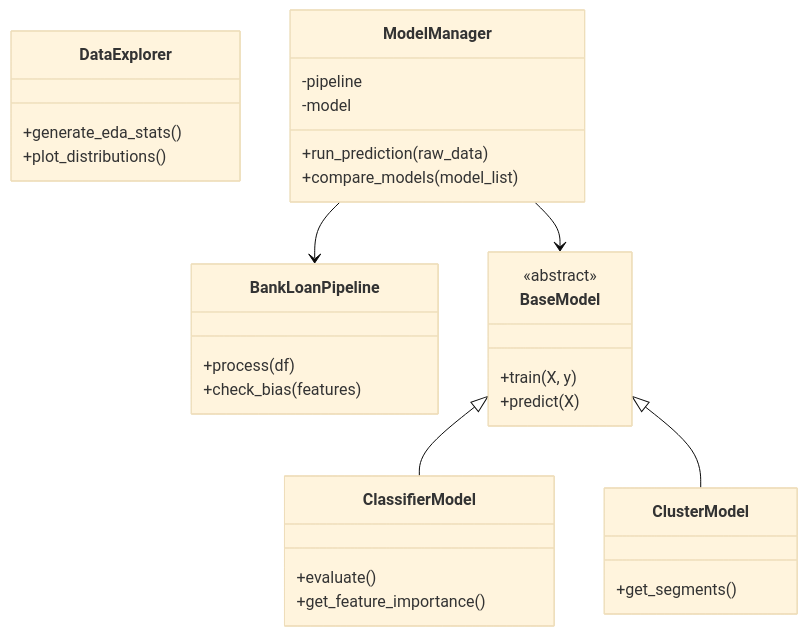
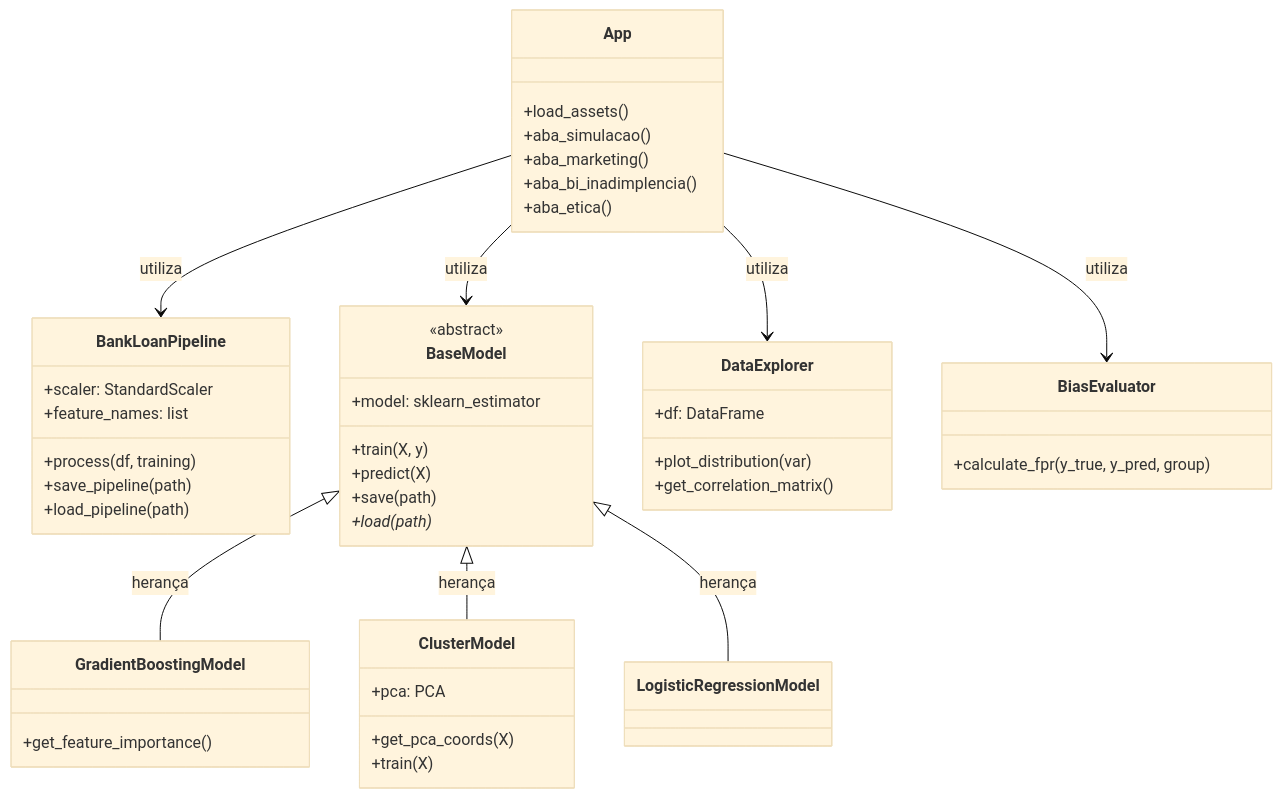
Before and after one commit to Doctor-Math/TP1-Engenharia-de-Software: the first of 3 diagrams in README.md, drawn with Mermaid (base theme). The commit also changed other lines of this file, not shown here.

Commit message:
feat: atualizando os diagramas UML via engenharia reversa

````diff
--- a/README.md
+++ b/README.md
@@ -23,34 +23,55 @@
 ```mermaid
 classDiagram
+    class App {
+        +load_assets()
+        +aba_simulacao()
+        +aba_marketing()
+        +aba_bi_inadimplencia()
+        +aba_etica()
+    }
+
     class BankLoanPipeline {
-        +process(df)
-        +check_bias(features)
+        +scaler: StandardScaler
+        +feature_names: list
+        +process(df, training)
+        +save_pipeline(path)
+        +load_pipeline(path)
     }
-    class DataExplorer {
-        +generate_eda_stats()
-        +plot_distributions()
-    }
-    class ModelManager {
-        -pipeline
-        -model
-        +run_prediction(raw_data)
-        +compare_models(model_list)
-    }
+
     class BaseModel {
         <<abstract>>
+        +model: sklearn_estimator
         +train(X, y)
         +predict(X)
+        +save(path)
+        +load(path)*
     }
-    class ClassifierModel {
-        +evaluate()
+
+    class GradientBoostingModel {
         +get_feature_importance()
     }
+
     class ClusterModel {
-        +get_segments()
+        +pca: PCA
+        +get_pca_coords(X)
+        +train(X)
     }
 
-    ModelManager --> BankLoanPipeline
-    ModelManager --> BaseModel
-    BaseModel <|-- ClassifierModel
-    BaseModel <|-- ClusterModel
+    class DataExplorer {
+        +df: DataFrame
+        +plot_distribution(var)
+        +get_correlation_matrix()
+    }
+
+    class BiasEvaluator {
+        +calculate_fpr(y_true, y_pred, group)
+    }
+
+    App --> BankLoanPipeline : utiliza
+    App --> BaseModel : utiliza
+    App --> DataExplorer : utiliza
+    App --> BiasEvaluator : utiliza
+    BaseModel <|-- GradientBoostingModel : herança
+    BaseModel <|-- ClusterModel : herança
+    BaseModel <|-- LogisticRegressionModel : herança
 ```
````
